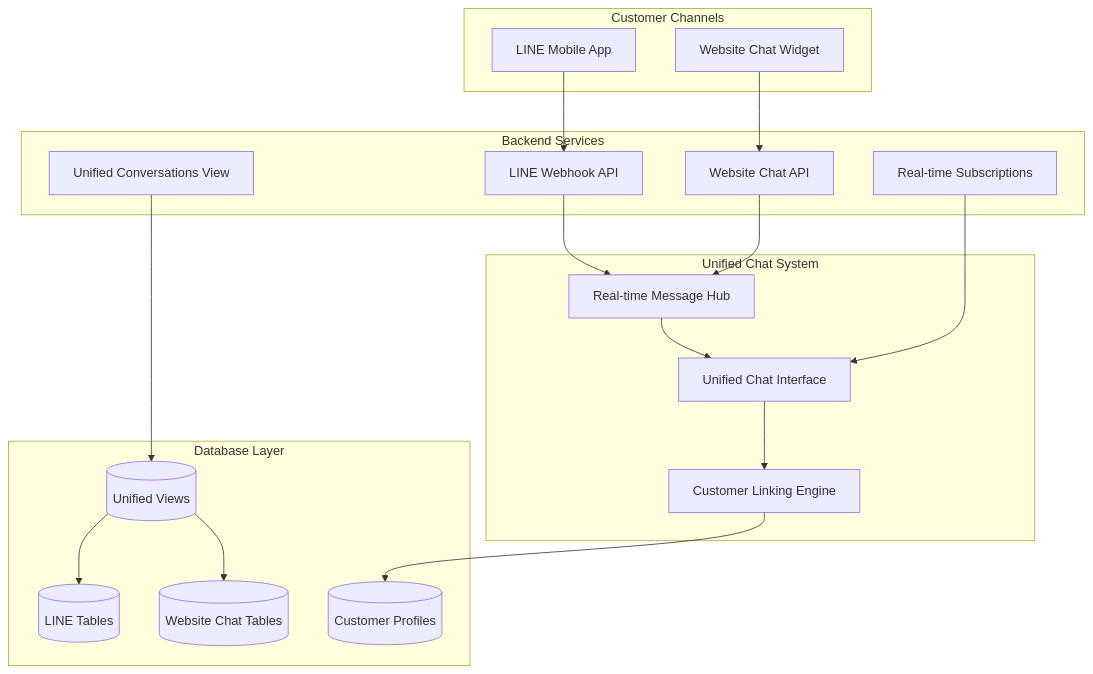
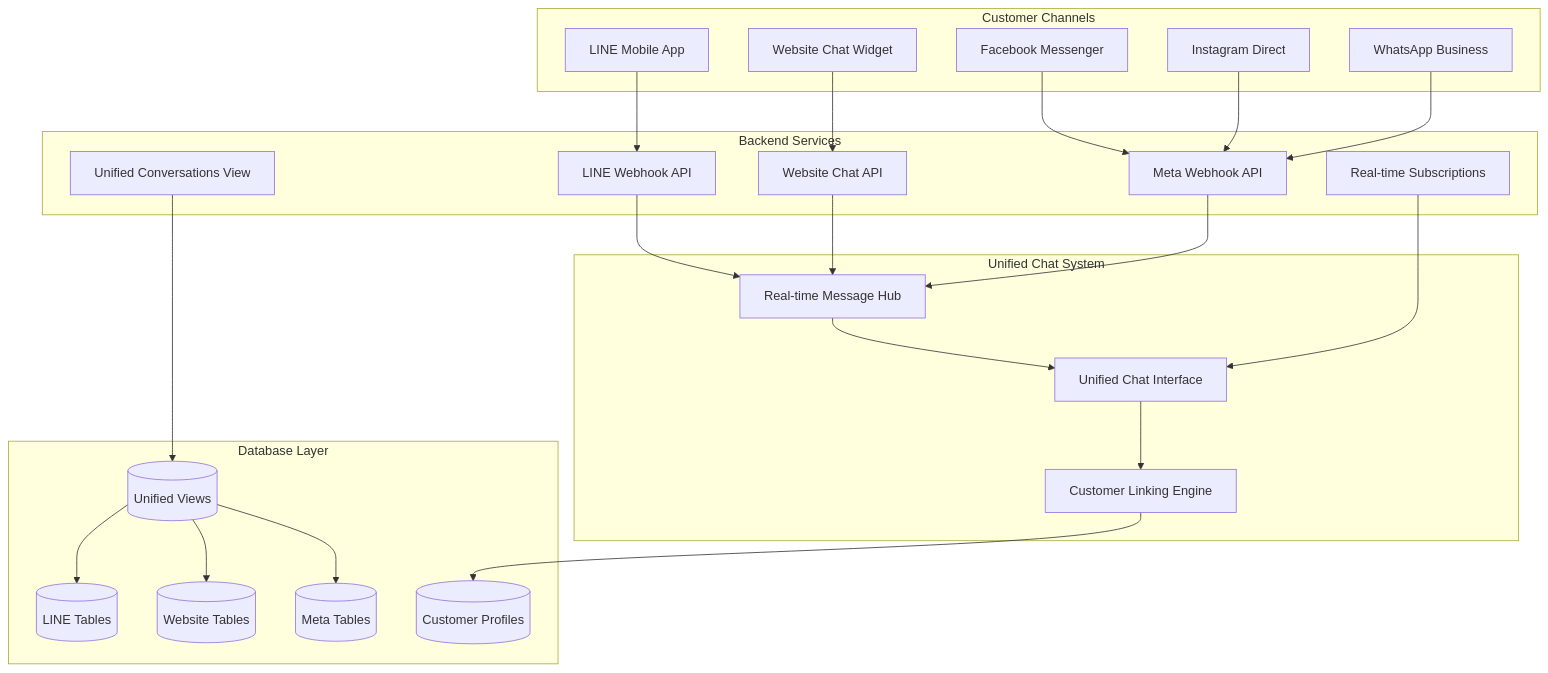
Before and after one commit to david2928/lengolf-forms: the diagram in docs/features/public/customer-chat/UNIFIED_CHAT_SYSTEM.md, drawn with Mermaid. The commit also changed other lines of this file and 12 other files, not shown here.

First line of the commit message:
docs: reorganize and improve unified chat documentation

````diff
--- a/docs/features/public/customer-chat/UNIFIED_CHAT_SYSTEM.md
+++ b/docs/features/public/customer-chat/UNIFIED_CHAT_SYSTEM.md
@@ -23,39 +142,49 @@
 ```mermaid
 graph TB
     subgraph "Customer Channels"
         A[LINE Mobile App]
         B[Website Chat Widget]
+        C[Facebook Messenger]
+        D[Instagram Direct]
+        E[WhatsApp Business]
     end
 
     subgraph "Unified Chat System"
-        C[Unified Chat Interface]
-        D[Real-time Message Hub]
-        E[Customer Linking Engine]
+        F[Unified Chat Interface]
+        G[Real-time Message Hub]
+        H[Customer Linking Engine]
     end
 
     subgraph "Backend Services"
-        F[LINE Webhook API]
-        G[Website Chat API]
-        H[Unified Conversations View]
-        I[Real-time Subscriptions]
+        I[LINE Webhook API]
+        J[Website Chat API]
+        K[Meta Webhook API]
+        L[Unified Conversations View]
+        M[Real-time Subscriptions]
     end
 
     subgraph "Database Layer"
-        J[(LINE Tables)]
-        K[(Website Chat Tables)]
-        L[(Unified Views)]
-        M[(Customer Profiles)]
+        N[(LINE Tables)]
+        O[(Website Tables)]
+        P[(Meta Tables)]
+        Q[(Unified Views)]
+        R[(Customer Profiles)]
     end
 
-    A --> F
-    B --> G
-    F --> D
-    G --> D
-    D --> C
-    C --> E
-    E --> M
-    H --> L
-    L --> J
-    L --> K
-    I --> C
+    A --> I
+    B --> J
+    C --> K
+    D --> K
+    E --> K
+    I --> G
+    J --> G
+    K --> G
+    G --> F
+    F --> H
+    H --> R
+    L --> Q
+    Q --> N
+    Q --> O
+    Q --> P
+    M --> F
 ```
````
